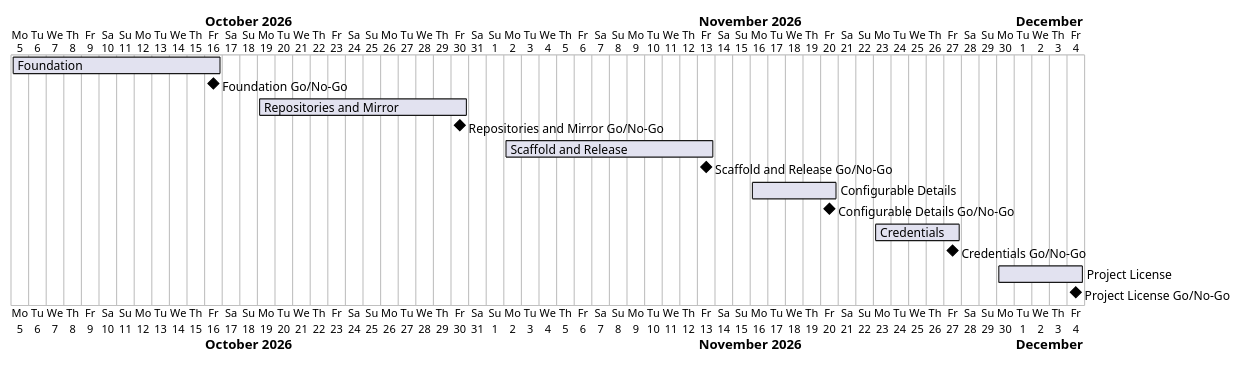
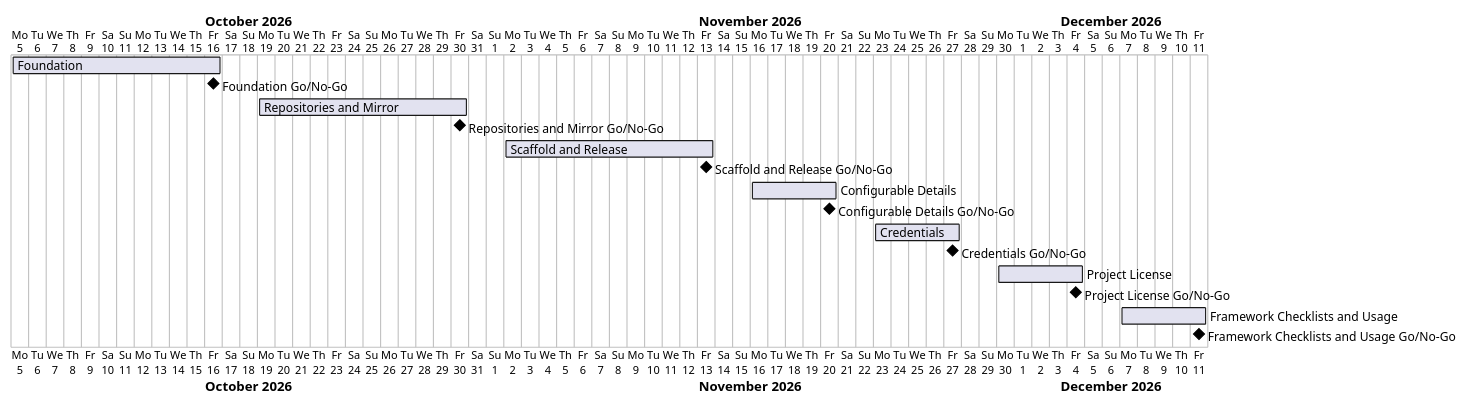
Before and after one commit to TirSystem-BashScript/RepoFoundry: the diagram in docs/project-plan.md, drawn with PlantUML. The commit also changed other lines of this file and 28 other files, not shown here.

````diff
--- a/docs/project-plan.md
+++ b/docs/project-plan.md
@@ -39,17 +40,19 @@
 ```plantuml
 @startgantt
 Project starts 2026-10-05
 [Foundation] starts 2026-10-05 and ends 2026-10-16
 [Foundation Go/No-Go] happens 2026-10-16
 [Repositories and Mirror] starts 2026-10-19 and ends 2026-10-30
 [Repositories and Mirror Go/No-Go] happens 2026-10-30
 [Scaffold and Release] starts 2026-11-02 and ends 2026-11-13
 [Scaffold and Release Go/No-Go] happens 2026-11-13
 [Configurable Details] starts 2026-11-16 and ends 2026-11-20
 [Configurable Details Go/No-Go] happens 2026-11-20
 [Credentials] starts 2026-11-23 and ends 2026-11-27
 [Credentials Go/No-Go] happens 2026-11-27
 [Project License] starts 2026-11-30 and ends 2026-12-04
 [Project License Go/No-Go] happens 2026-12-04
+[Framework Checklists and Usage] starts 2026-12-07 and ends 2026-12-11
+[Framework Checklists and Usage Go/No-Go] happens 2026-12-11
 @endgantt
 ```
````
